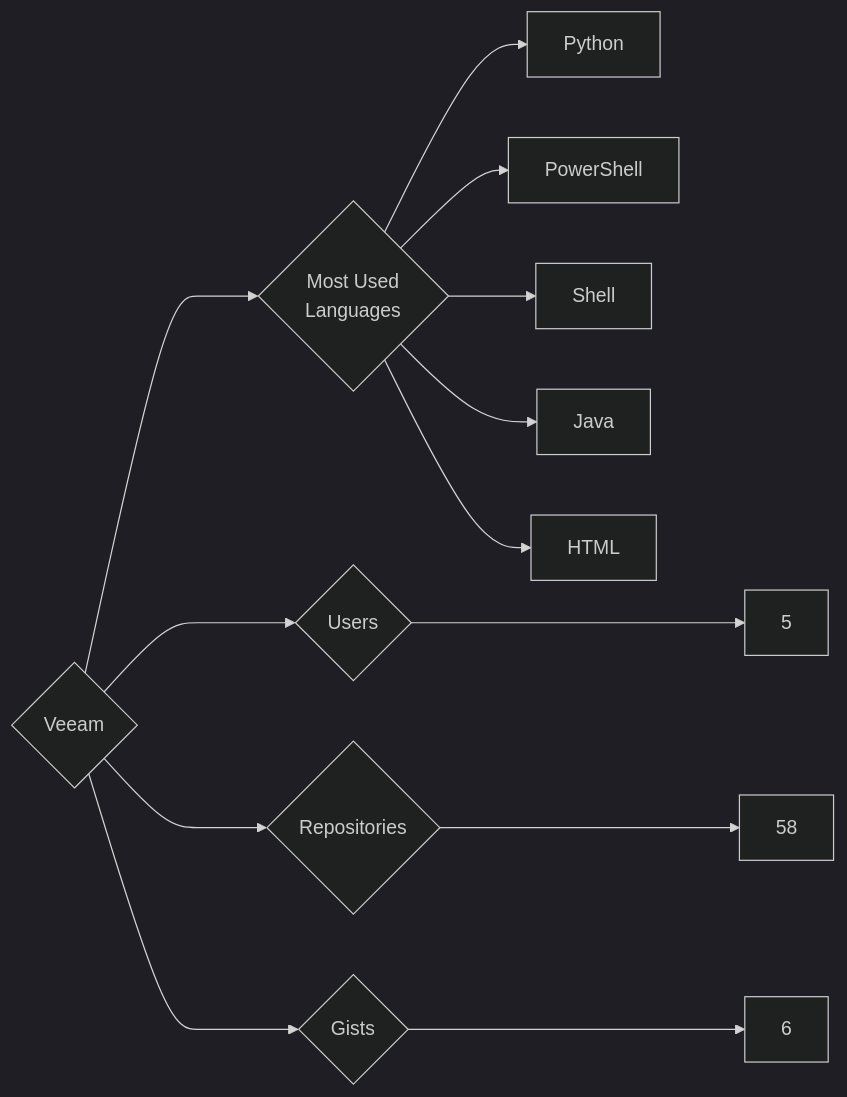
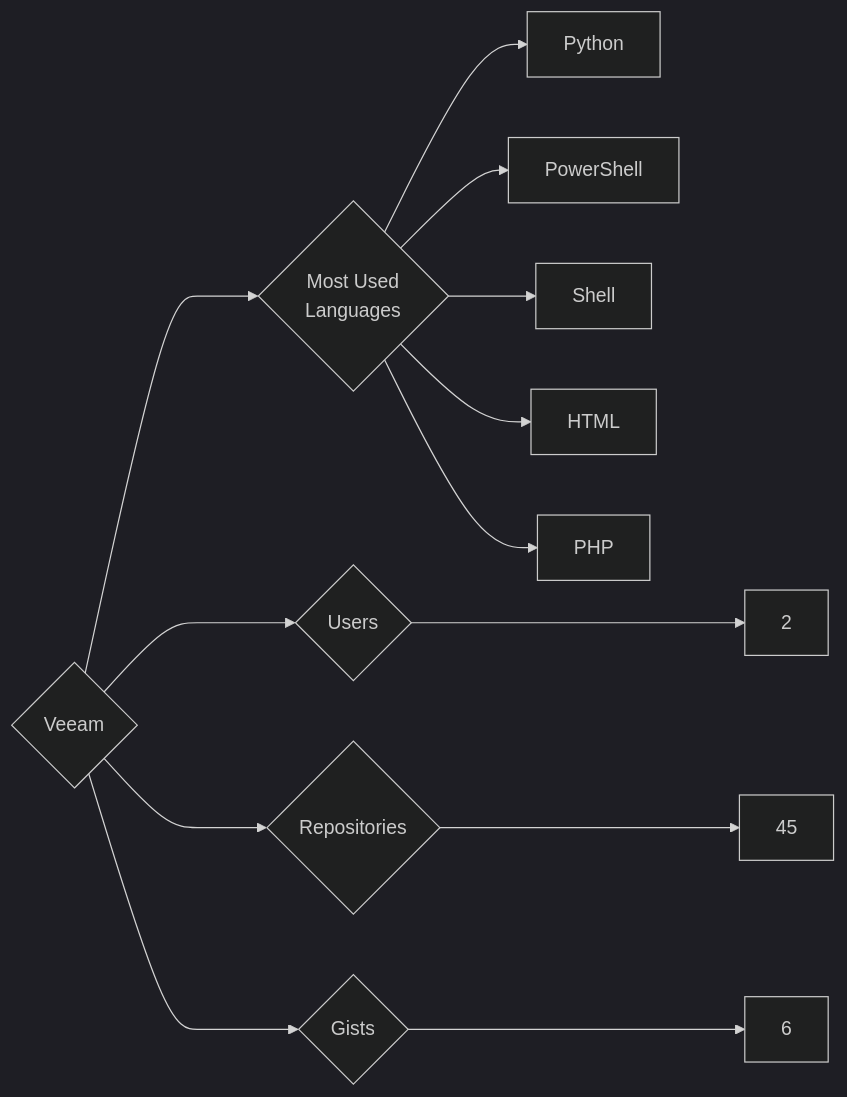
One commit to trickest/insiders changed the diagram in targets/Veeam/README.md. Above: the diagram before and after it, drawn with Mermaid (dark theme). The commit also changed 1496 other files, not shown here.

````diff
--- a/targets/Veeam/README.md
+++ b/targets/Veeam/README.md
@@ -3,13 +3,13 @@
 ```mermaid
 graph LR
 COMPANY_NAME{Veeam}
-COMPANY_NAME ---> U{Users} ---> UN[5]
-COMPANY_NAME ---> R{Repositories} ---> RN[58]
+COMPANY_NAME ---> U{Users} ---> UN[2]
+COMPANY_NAME ---> R{Repositories} ---> RN[45]
 COMPANY_NAME ---> G{Gists} ---> GN[6]
 COMPANY_NAME ---> ML{Most Used<br>Languages}
 ML --> Python[Python]
 ML --> PowerShell[PowerShell]
 ML --> Shell[Shell]
-ML --> Java[Java]
 ML --> HTML[HTML]
+ML --> PHP[PHP]
 ```
````
